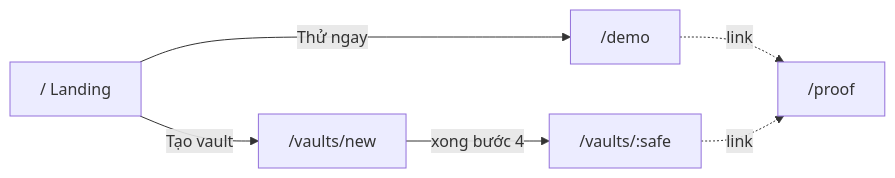
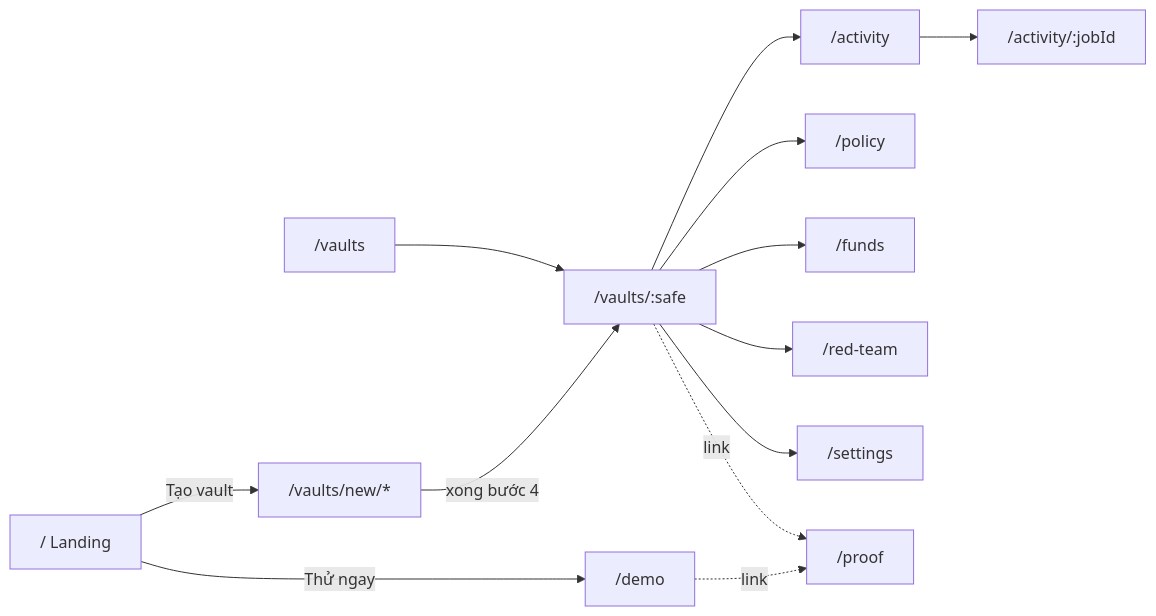
One commit to KidCute1412/AuraSentinel changed the first of 2 diagrams in docs/product/ui-pages.md. Above: the diagram before and after it, drawn with Mermaid. The commit also changed other lines of this file and 3 other files, not shown here.

````diff
--- a/docs/product/ui-pages.md
+++ b/docs/product/ui-pages.md
@@ -28,8 +46,14 @@
 ```mermaid
 flowchart LR
     L["/ Landing"] -->|Thử ngay| D["/demo"]
-    L -->|Tạo vault| W["/vaults/new"]
+    L -->|Tạo vault| W["/vaults/new/*"]
     W -->|xong bước 4| V["/vaults/:safe"]
+    LIST["/vaults"] --> V
+    V --> A["/activity"] --> J["/activity/:jobId"]
+    V --> PO["/policy"]
+    V --> F["/funds"]
+    V --> R["/red-team"]
+    V --> S["/settings"]
     D -. link .-> P["/proof"]
     V -. link .-> P
 ```
````
